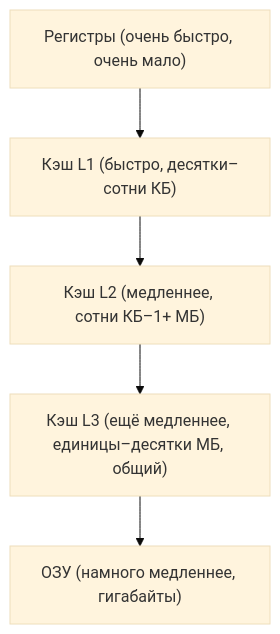
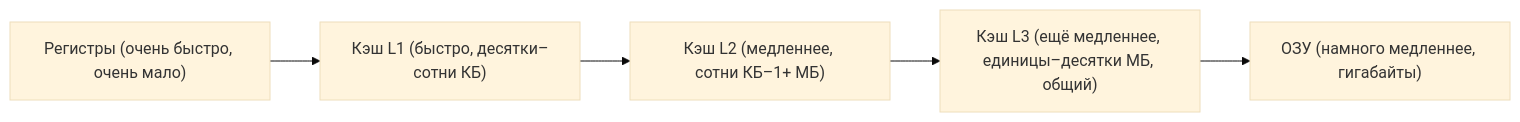
Before and after one commit to 4upokabra/asm_lec: the second of 3 diagrams in лек1.md, drawn with Mermaid (base theme). The commit also changed other lines of this file, not shown here.

````diff
--- a/лек1.md
+++ b/лек1.md
@@ -52,7 +52,7 @@
 ```mermaid
-graph TD
+graph LR
   A["Регистры (очень быстро, очень мало)"] --> B["Кэш L1 (быстро, десятки–сотни КБ)"]
   B --> C["Кэш L2 (медленнее, сотни КБ–1+ МБ)"]
   C --> D["Кэш L3 (ещё медленнее, единицы–десятки МБ, общий)"]
   D --> E["ОЗУ (намного медленнее, гигабайты)"]
 ```
````
